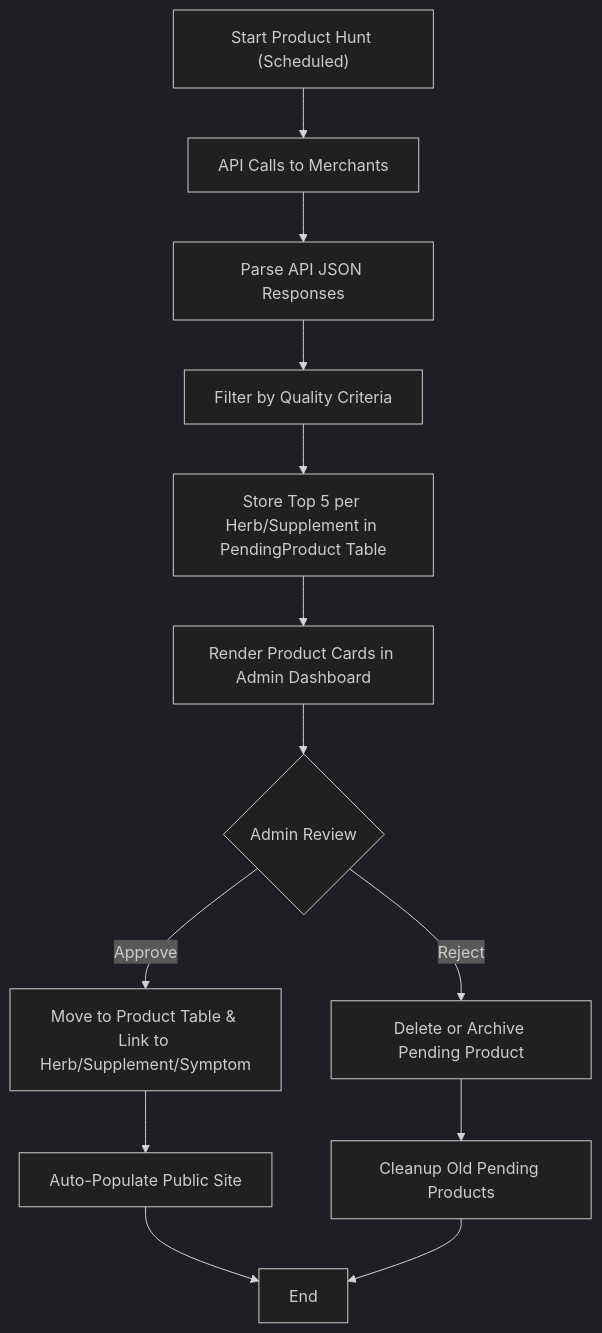
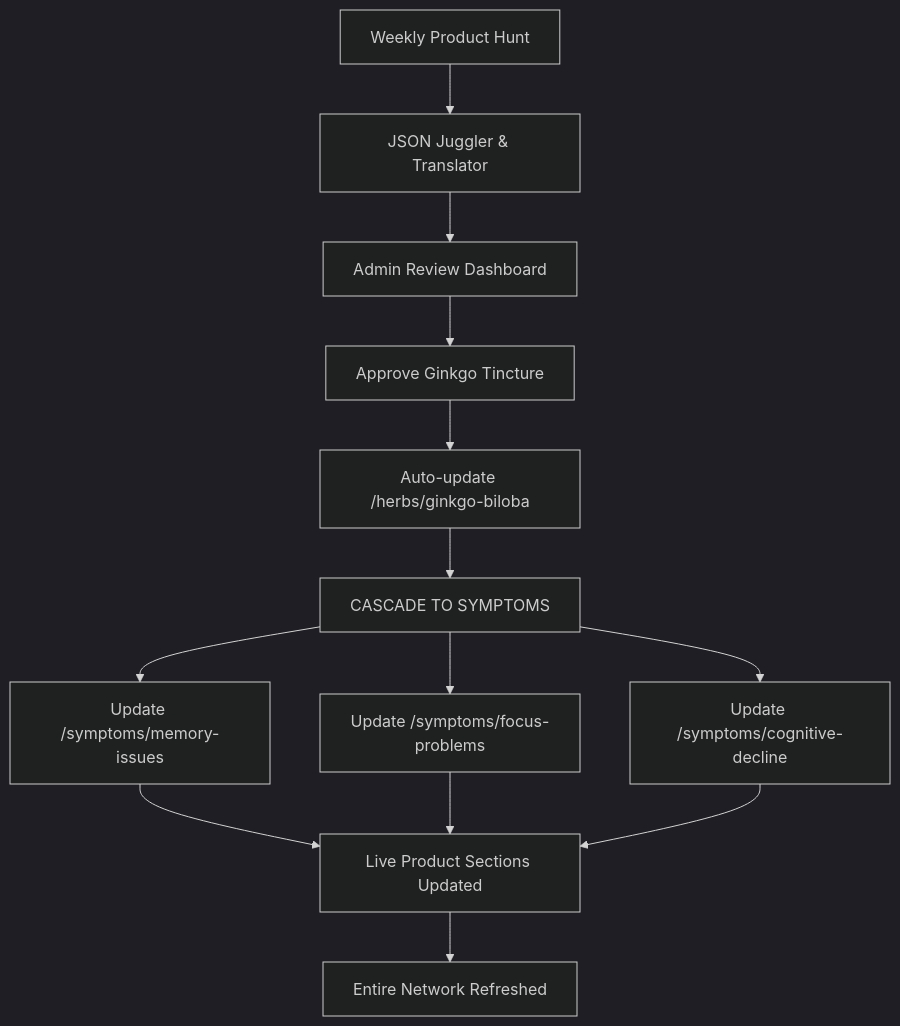
Before and after one commit to Sparkeeee/TheNerveVineClean: the diagram in README.md, drawn with Mermaid (dark theme). The commit also changed other lines of this file and 11 other files, not shown here.

````diff
--- a/README.md
+++ b/README.md
@@ -183,15 +65,15 @@
 ```mermaid
 flowchart TD
-    A["Start Product Hunt (Scheduled)"] --> B["API Calls to Merchants"]
-    B --> C["Parse API JSON Responses"]
-    C --> D["Filter by Quality Criteria"]
-    D --> E["Store Top 5 per Herb/Supplement in PendingProduct Table"]
-    E --> F["Render Product Cards in Admin Dashboard"]
-    F --> G{"Admin Review"}
-    G -- "Approve" --> H["Move to Product Table & Link to Herb/Supplement/Symptom"]
-    G -- "Reject" --> I["Delete or Archive Pending Product"]
-    H --> J["Auto-Populate Public Site"]
-    I --> K["Cleanup Old Pending Products"]
-    J --> L["End"]
-    K --> L
+    A["Weekly Product Hunt"] --> B["JSON Juggler & Translator"]
+    B --> C["Admin Review Dashboard"]
+    C --> D["Approve Ginkgo Tincture"]
+    D --> E["Auto-update /herbs/ginkgo-biloba"]
+    E --> F["CASCADE TO SYMPTOMS"]
+    F --> G["Update /symptoms/memory-issues"]
+    F --> H["Update /symptoms/focus-problems"] 
+    F --> I["Update /symptoms/cognitive-decline"]
+    G --> J["Live Product Sections Updated"]
+    H --> J
+    I --> J
+    J --> K["Entire Network Refreshed"]
 ```
````
